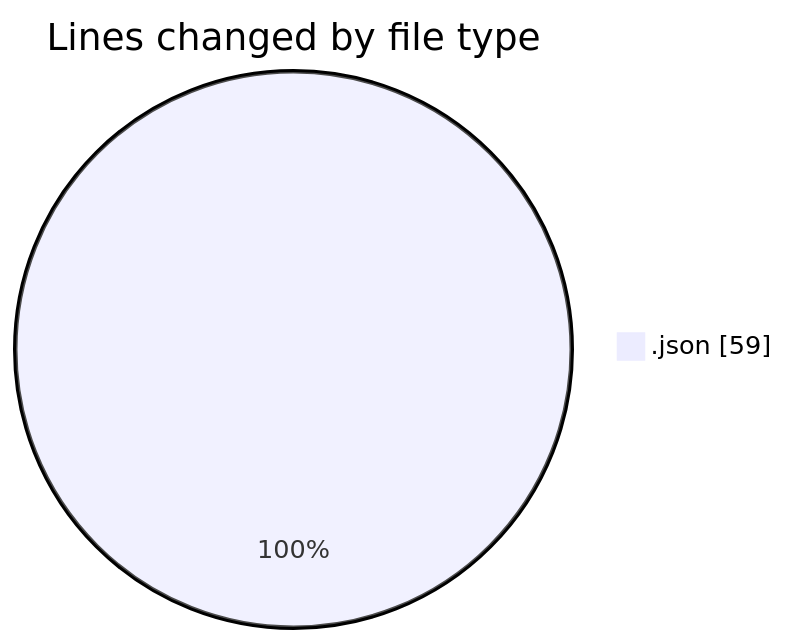
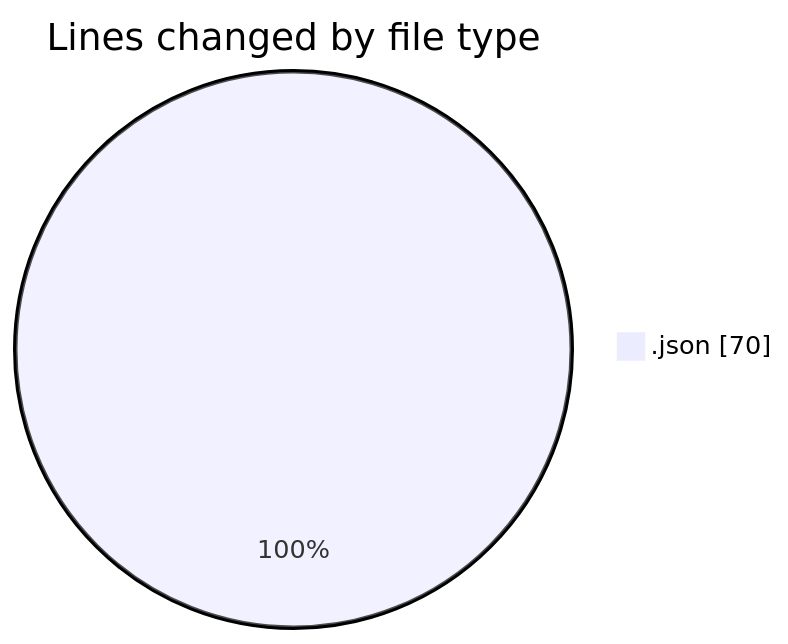
The first of 2 diagrams in 2026-02-02/singularitybrainai/README.md (tmsrecording-cyber/code-tracking), drawn with Mermaid before and after one commit. The commit also changed other lines of this file and 1 other file, not shown here.

````diff
--- a/2026-02-02/singularitybrainai/README.md
+++ b/2026-02-02/singularitybrainai/README.md
@@ -20,5 +20,5 @@
 ```mermaid
 pie showData
 title Lines changed by file type
-".json" : 59
+".json" : 70
 ```
````
